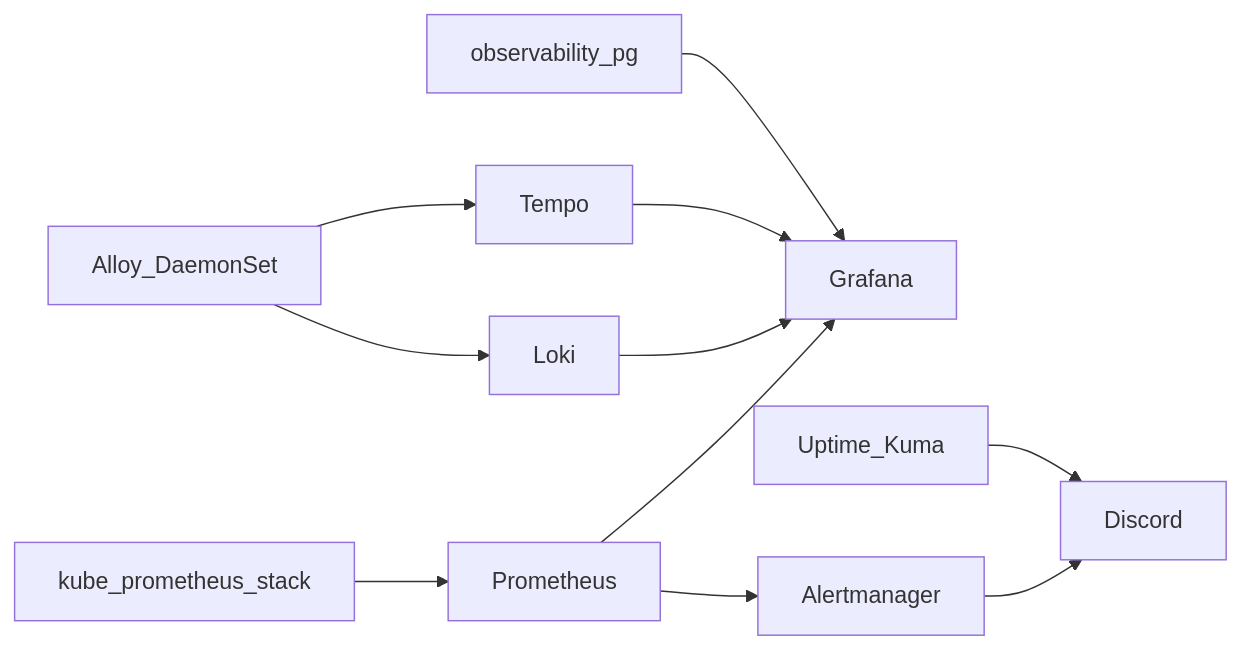
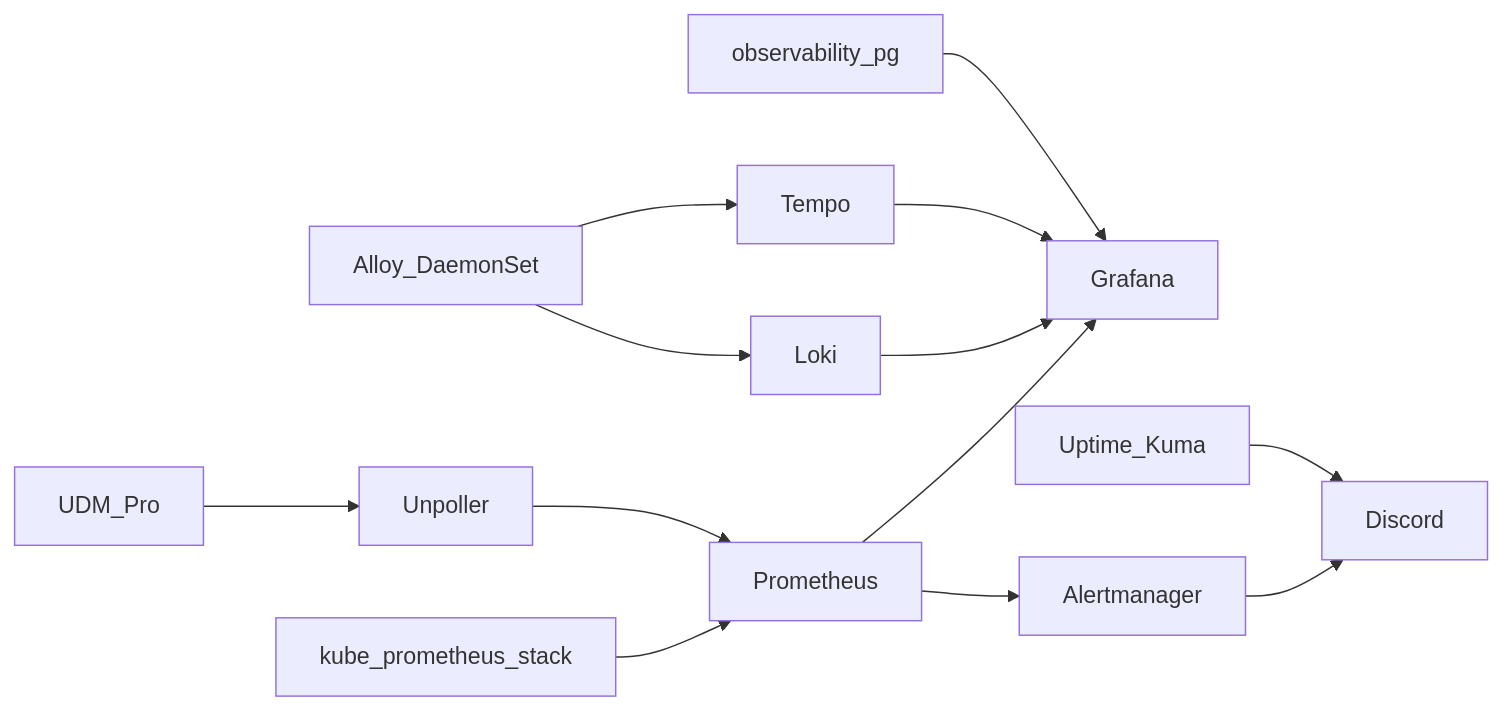
The diagram in docs/architecture/observability.md (jacobdrury/homelab), drawn with Mermaid before and after one commit. The commit also changed other lines of this file and 4 other files, not shown here.

````diff
--- a/docs/architecture/observability.md
+++ b/docs/architecture/observability.md
@@ -18,13 +19,15 @@
 ```mermaid
 flowchart LR
   Alloy[Alloy_DaemonSet] --> Loki
   Alloy --> Tempo
   KPS[kube_prometheus_stack] --> Prom[Prometheus]
+  Unpoller --> Prom
+  UDM[UDM_Pro] --> Unpoller
   Prom --> Grafana
   Loki --> Grafana
   Tempo --> Grafana
   CNPG[observability_pg] --> Grafana
   Prom --> AM[Alertmanager]
   AM --> Discord
   Kuma[Uptime_Kuma] --> Discord
 ```
````
